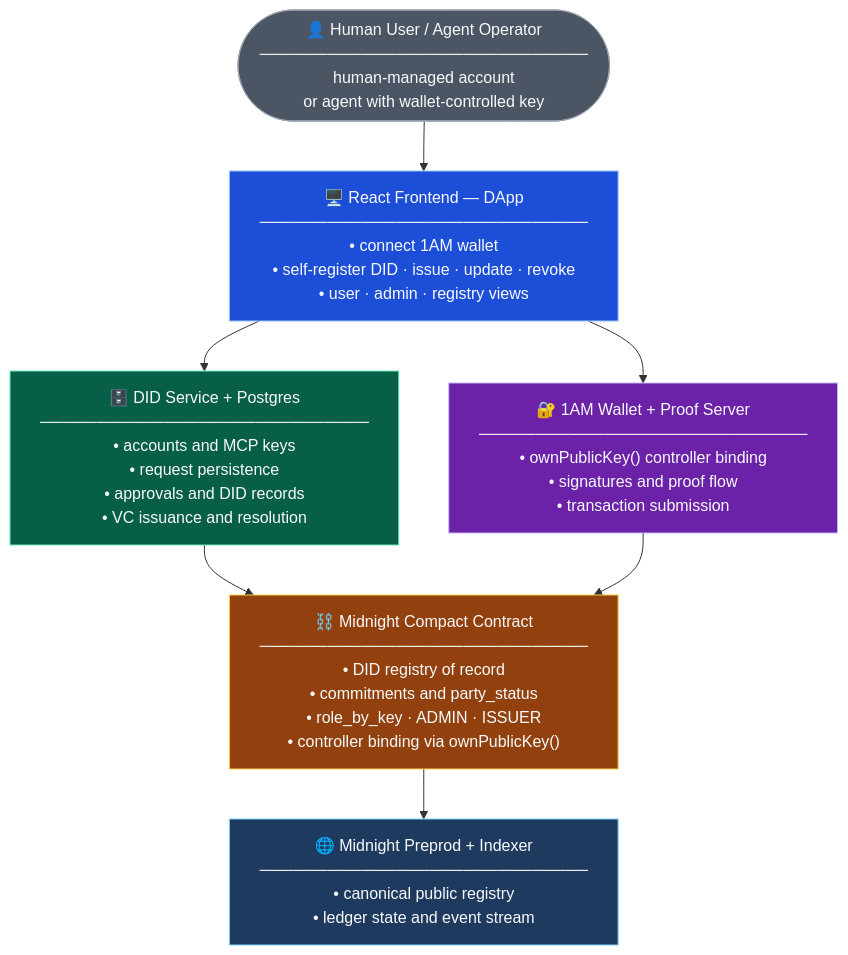
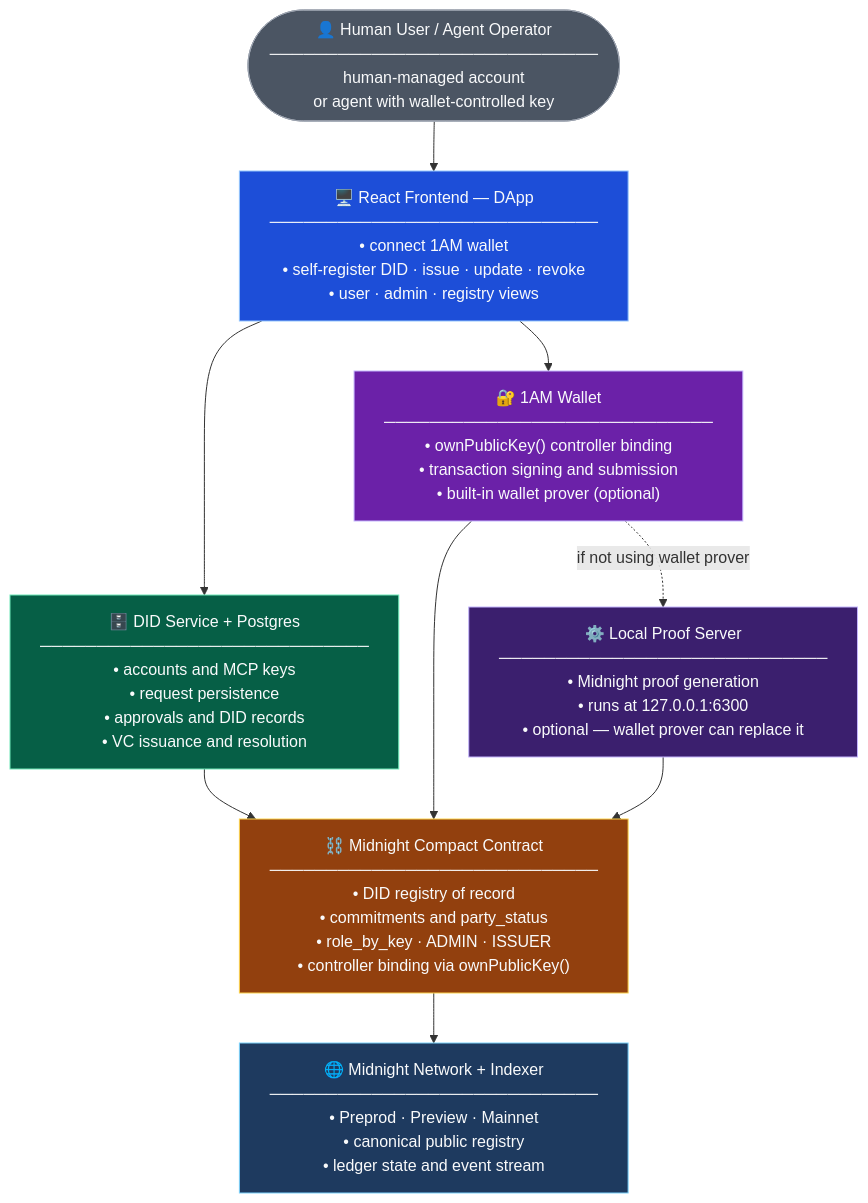
One commit to apestchanker/midnight-agent-did-manager changed the diagram in README.md. Above: the diagram before and after it, drawn with Mermaid.

Commit message:
docs: fix diagram — generic network name, separate wallet from local proof server

````diff
--- a/README.md
+++ b/README.md
@@ -53,28 +53,33 @@
 ```mermaid
 flowchart TD
     HU(["👤 Human User / Agent Operator\n─────────────────────────────\nhuman-managed account\nor agent with wallet-controlled key"])
 
     FE["🖥️ React Frontend — DApp\n─────────────────────────────\n• connect 1AM wallet\n• self-register DID · issue · update · revoke\n• user · admin · registry views"]
 
     DS["🗄️ DID Service + Postgres\n─────────────────────────────\n• accounts and MCP keys\n• request persistence\n• approvals and DID records\n• VC issuance and resolution"]
 
-    WP["🔐 1AM Wallet + Proof Server\n─────────────────────────────\n• ownPublicKey() controller binding\n• signatures and proof flow\n• transaction submission"]
+    WL["🔐 1AM Wallet\n─────────────────────────────\n• ownPublicKey() controller binding\n• transaction signing and submission\n• built-in wallet prover (optional)"]
+
+    PS["⚙️ Local Proof Server\n─────────────────────────────\n• Midnight proof generation\n• runs at 127.0.0.1:6300\n• optional — wallet prover can replace it"]
 
     CC["⛓️ Midnight Compact Contract\n─────────────────────────────\n• DID registry of record\n• commitments and party_status\n• role_by_key · ADMIN · ISSUER\n• controller binding via ownPublicKey()"]
 
-    MN["🌐 Midnight Preprod + Indexer\n─────────────────────────────\n• canonical public registry\n• ledger state and event stream"]
+    MN["🌐 Midnight Network + Indexer\n─────────────────────────────\n• Preprod · Preview · Mainnet\n• canonical public registry\n• ledger state and event stream"]
 
     HU --> FE
     FE --> DS
-    FE --> WP
+    FE --> WL
+    WL -.->|if not using wallet prover| PS
     DS --> CC
-    WP --> CC
+    WL --> CC
+    PS --> CC
     CC --> MN
 
     style HU fill:#4B5563,stroke:#9CA3AF,color:#F9FAFB
     style FE fill:#1D4ED8,stroke:#93C5FD,color:#F9FAFB
     style DS fill:#065F46,stroke:#6EE7B7,color:#F9FAFB
-    style WP fill:#6B21A8,stroke:#C4B5FD,color:#F9FAFB
+    style WL fill:#6B21A8,stroke:#C4B5FD,color:#F9FAFB
+    style PS fill:#3B1F6E,stroke:#C4B5FD,color:#F9FAFB
     style CC fill:#92400E,stroke:#FCD34D,color:#F9FAFB
     style MN fill:#1E3A5F,stroke:#7DD3FC,color:#F9FAFB
 ```
````
